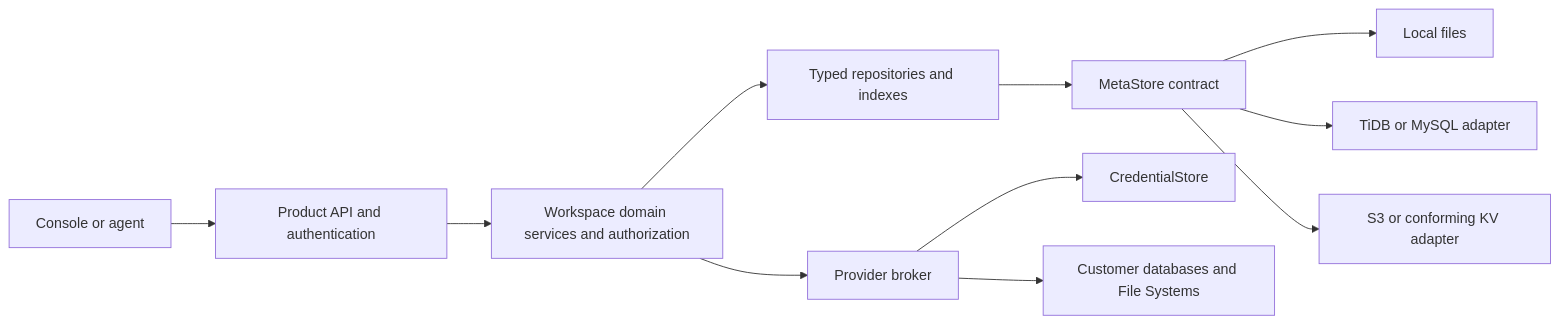
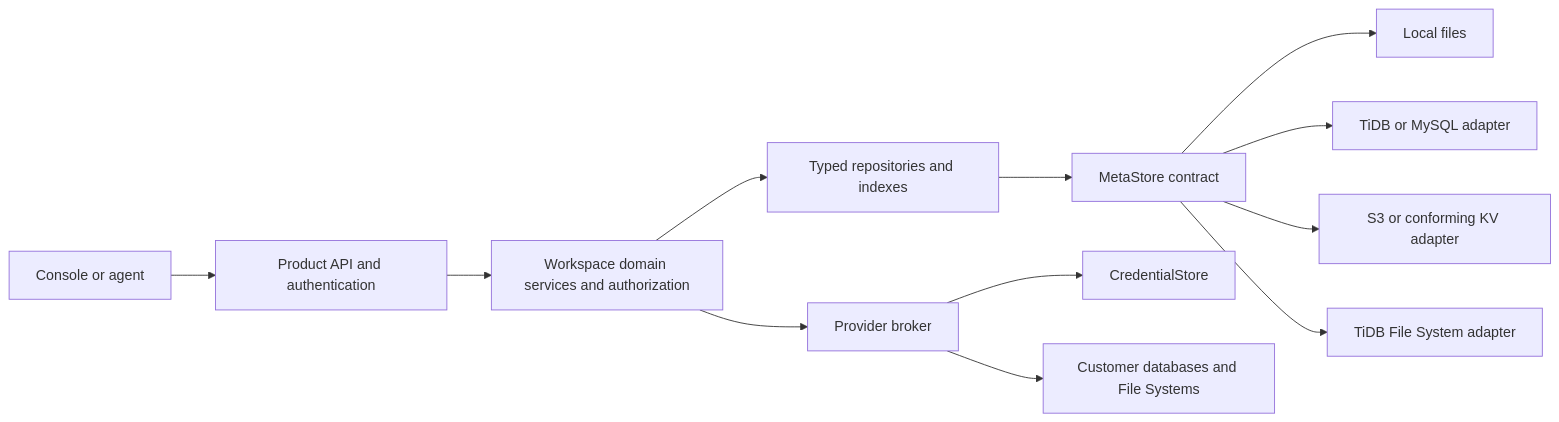
One commit to mem9-ai/tidb-agentspace changed the diagram in specs/gh-74/spec.md. Above: the diagram before and after it, drawn with Mermaid. The commit also changed other lines of this file and 3 other files, not shown here.

````diff
--- a/specs/gh-74/spec.md
+++ b/specs/gh-74/spec.md
@@ -56,13 +56,14 @@
 ```mermaid
 flowchart LR
   C[Console or agent] --> A[Product API and authentication]
   A --> D[Workspace domain services and authorization]
   D --> R[Typed repositories and indexes]
   R --> M[MetaStore contract]
   M --> F[Local files]
   M --> Q[TiDB or MySQL adapter]
   M --> O[S3 or conforming KV adapter]
+  M --> T[TiDB File System adapter]
   D --> B[Provider broker]
   B --> V[CredentialStore]
   B --> P[Customer databases and File Systems]
 ```
````
